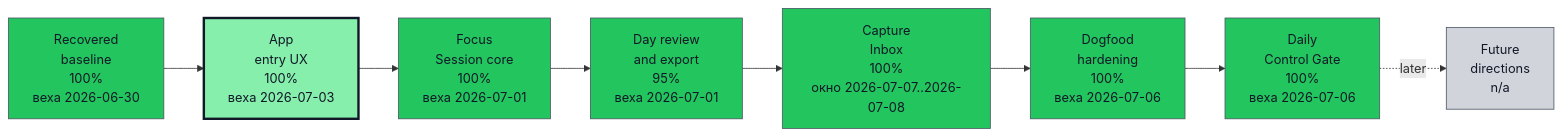
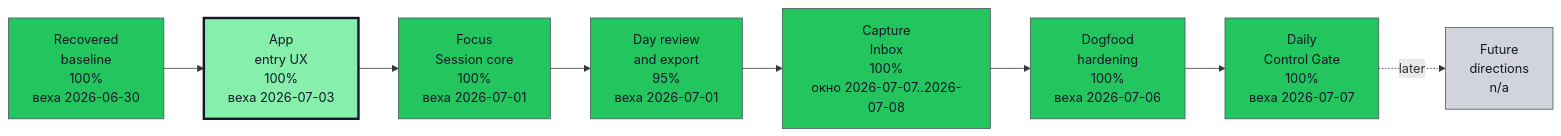
The first of 2 diagrams in docs/roadmap/opskarta.md (asukhodko/timeskein), drawn with Mermaid before and after one commit. The commit also changed other lines of this file and 8 other files, not shown here.

````diff
--- a/docs/roadmap/opskarta.md
+++ b/docs/roadmap/opskarta.md
@@ -42,38 +43,38 @@
 ```mermaid
 flowchart LR
 
     classDef exec_done fill:#22c55e,stroke:#4b5563,color:#111827,stroke-width:1px
     classDef exec_in_progress fill:#0ea5e9,stroke:#4b5563,color:#111827,stroke-width:1px
     classDef exec_blocked fill:#fecaca,stroke:#4b5563,color:#111827,stroke-width:1px
     classDef exec_not_started fill:#9ca3af,stroke:#4b5563,color:#111827,stroke-width:1px
     classDef exec_mgmt_green fill:#86efac,stroke:#4b5563,color:#111827,stroke-width:1px
     classDef exec_mgmt_yellow fill:#fde68a,stroke:#4b5563,color:#111827,stroke-width:1px
     classDef exec_mgmt_red fill:#fca5a5,stroke:#4b5563,color:#111827,stroke-width:1px
     classDef exec_mgmt_neutral fill:#d1d5db,stroke:#4b5563,color:#111827,stroke-width:1px
 
     recovered_baseline["Recovered<br/>baseline<br/>100%<br/>веха 2026-06-30"]
     class recovered_baseline exec_done
     app_entry_ux["App<br/>entry UX<br/>100%<br/>веха 2026-07-03"]
     class app_entry_ux exec_mgmt_green
     style app_entry_ux stroke:#111827,stroke-width:3px
     focus_session_core["Focus<br/>Session core<br/>100%<br/>веха 2026-07-01"]
     class focus_session_core exec_done
     day_review_export["Day review<br/>and export<br/>95%<br/>веха 2026-07-01"]
     class day_review_export exec_done
     capture_inbox["Capture<br/>Inbox<br/>100%<br/>окно 2026-07-07..2026-07-08"]
     class capture_inbox exec_done
     dogfood_hardening["Dogfood<br/>hardening<br/>100%<br/>веха 2026-07-06"]
     class dogfood_hardening exec_done
-    daily_control_gate["Daily<br/>Control Gate<br/>100%<br/>веха 2026-07-06"]
+    daily_control_gate["Daily<br/>Control Gate<br/>100%<br/>веха 2026-07-07"]
     class daily_control_gate exec_done
     future_directions["Future<br/>directions<br/>n/a"]
     class future_directions exec_mgmt_neutral
 
     recovered_baseline --> app_entry_ux
     app_entry_ux --> focus_session_core
     focus_session_core --> day_review_export
     day_review_export --> capture_inbox
     capture_inbox --> dogfood_hardening
     dogfood_hardening --> daily_control_gate
     daily_control_gate -. later .-> future_directions
 ```
````
